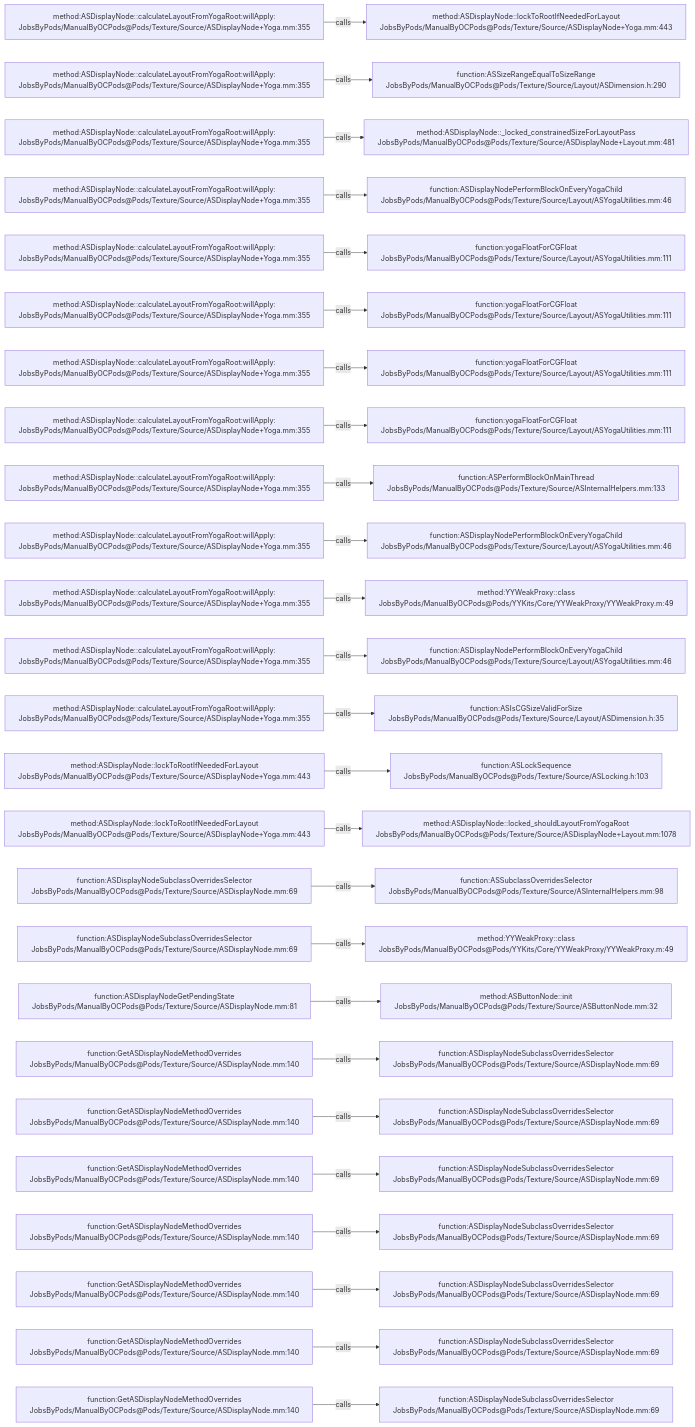
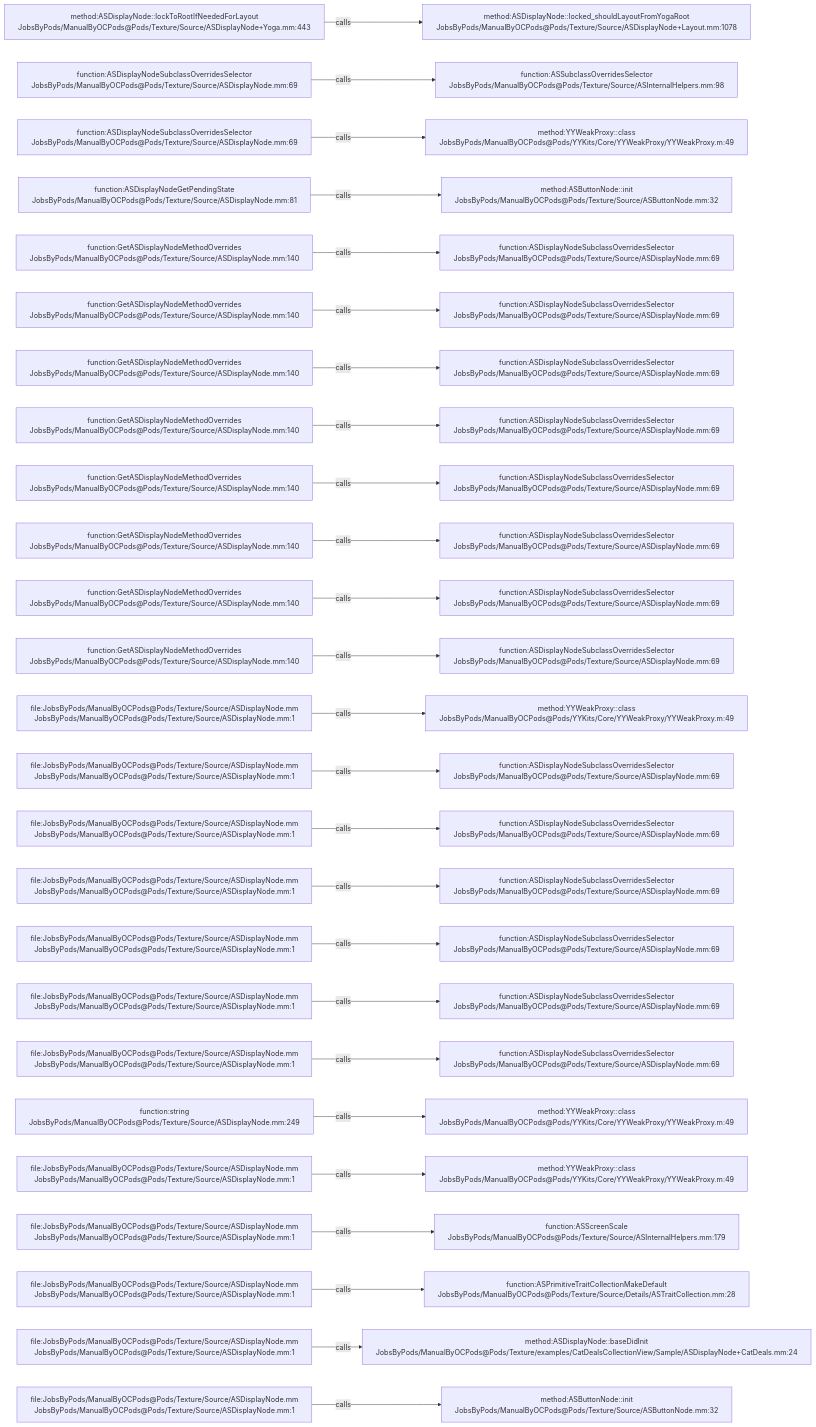
The diagram in .codegraph/codegraph.md/graphs/calls-097.md (JobsKits/JobsOCBaseConfigDemo), drawn with Mermaid before and after one commit. The commit also changed 296 other files, not shown here.

````diff
--- a/.codegraph/codegraph.md/graphs/calls-097.md
+++ b/.codegraph/codegraph.md/graphs/calls-097.md
@@ -13,78 +13,78 @@
 ```mermaid
 flowchart LR
-  S1["method:ASDisplayNode::calculateLayoutFromYogaRoot:willApply:<br/>JobsByPods/ManualByOCPods@Pods/Texture/Source/ASDisplayNode+Yoga.mm:355"]
-  T1["method:ASDisplayNode::lockToRootIfNeededForLayout<br/>JobsByPods/ManualByOCPods@Pods/Texture/Source/ASDisplayNode+Yoga.mm:443"]
+  S1["method:ASDisplayNode::lockToRootIfNeededForLayout<br/>JobsByPods/ManualByOCPods@Pods/Texture/Source/ASDisplayNode+Yoga.mm:443"]
+  T1["method:ASDisplayNode::locked_shouldLayoutFromYogaRoot<br/>JobsByPods/ManualByOCPods@Pods/Texture/Source/ASDisplayNode+Layout.mm:1078"]
   S1 -->|calls| T1
-  S2["method:ASDisplayNode::calculateLayoutFromYogaRoot:willApply:<br/>JobsByPods/ManualByOCPods@Pods/Texture/Source/ASDisplayNode+Yoga.mm:355"]
-  T2["function:ASSizeRangeEqualToSizeRange<br/>JobsByPods/ManualByOCPods@Pods/Texture/Source/Layout/ASDimension.h:290"]
+  S2["function:ASDisplayNodeSubclassOverridesSelector<br/>JobsByPods/ManualByOCPods@Pods/Texture/Source/ASDisplayNode.mm:69"]
+  T2["function:ASSubclassOverridesSelector<br/>JobsByPods/ManualByOCPods@Pods/Texture/Source/ASInternalHelpers.mm:98"]
   S2 -->|calls| T2
-  S3["method:ASDisplayNode::calculateLayoutFromYogaRoot:willApply:<br/>JobsByPods/ManualByOCPods@Pods/Texture/Source/ASDisplayNode+Yoga.mm:355"]
-  T3["method:ASDisplayNode::_locked_constrainedSizeForLayoutPass<br/>JobsByPods/ManualByOCPods@Pods/Texture/Source/ASDisplayNode+Layout.mm:481"]
+  S3["function:ASDisplayNodeSubclassOverridesSelector<br/>JobsByPods/ManualByOCPods@Pods/Texture/Source/ASDisplayNode.mm:69"]
+  T3["method:YYWeakProxy::class<br/>JobsByPods/ManualByOCPods@Pods/YYKits/Core/YYWeakProxy/YYWeakProxy.m:49"]
   S3 -->|calls| T3
-  S4["method:ASDisplayNode::calculateLayoutFromYogaRoot:willApply:<br/>JobsByPods/ManualByOCPods@Pods/Texture/Source/ASDisplayNode+Yoga.mm:355"]
-  T4["function:ASDisplayNodePerformBlockOnEveryYogaChild<br/>JobsByPods/ManualByOCPods@Pods/Texture/Source/Layout/ASYogaUtilities.mm:46"]
+  S4["function:ASDisplayNodeGetPendingState<br/>JobsByPods/ManualByOCPods@Pods/Texture/Source/ASDisplayNode.mm:81"]
+  T4["method:ASButtonNode::init<br/>JobsByPods/ManualByOCPods@Pods/Texture/Source/ASButtonNode.mm:32"]
   S4 -->|calls| T4
-  S5["method:ASDisplayNode::calculateLayoutFromYogaRoot:willApply:<br/>JobsByPods/ManualByOCPods@Pods/Texture/Source/ASDisplayNode+Yoga.mm:355"]
-  T5["function:yogaFloatForCGFloat<br/>JobsByPods/ManualByOCPods@Pods/Texture/Source/Layout/ASYogaUtilities.mm:111"]
+  S5["function:GetASDisplayNodeMethodOverrides<br/>JobsByPods/ManualByOCPods@Pods/Texture/Source/ASDisplayNode.mm:140"]
+  T5["function:ASDisplayNodeSubclassOverridesSelector<br/>JobsByPods/ManualByOCPods@Pods/Texture/Source/ASDisplayNode.mm:69"]
   S5 -->|calls| T5
-  S6["method:ASDisplayNode::calculateLayoutFromYogaRoot:willApply:<br/>JobsByPods/ManualByOCPods@Pods/Texture/Source/ASDisplayNode+Yoga.mm:355"]
-  T6["function:yogaFloatForCGFloat<br/>JobsByPods/ManualByOCPods@Pods/Texture/Source/Layout/ASYogaUtilities.mm:111"]
+  S6["function:GetASDisplayNodeMethodOverrides<br/>JobsByPods/ManualByOCPods@Pods/Texture/Source/ASDisplayNode.mm:140"]
+  T6["function:ASDisplayNodeSubclassOverridesSelector<br/>JobsByPods/ManualByOCPods@Pods/Texture/Source/ASDisplayNode.mm:69"]
   S6 -->|calls| T6
-  S7["method:ASDisplayNode::calculateLayoutFromYogaRoot:willApply:<br/>JobsByPods/ManualByOCPods@Pods/Texture/Source/ASDisplayNode+Yoga.mm:355"]
-  T7["function:yogaFloatForCGFloat<br/>JobsByPods/ManualByOCPods@Pods/Texture/Source/Layout/ASYogaUtilities.mm:111"]
+  S7["function:GetASDisplayNodeMethodOverrides<br/>JobsByPods/ManualByOCPods@Pods/Texture/Source/ASDisplayNode.mm:140"]
+  T7["function:ASDisplayNodeSubclassOverridesSelector<br/>JobsByPods/ManualByOCPods@Pods/Texture/Source/ASDisplayNode.mm:69"]
   S7 -->|calls| T7
-  S8["method:ASDisplayNode::calculateLayoutFromYogaRoot:willApply:<br/>JobsByPods/ManualByOCPods@Pods/Texture/Source/ASDisplayNode+Yoga.mm:355"]
-  T8["function:yogaFloatForCGFloat<br/>JobsByPods/ManualByOCPods@Pods/Texture/Source/Layout/ASYogaUtilities.mm:111"]
+  S8["function:GetASDisplayNodeMethodOverrides<br/>JobsByPods/ManualByOCPods@Pods/Texture/Source/ASDisplayNode.mm:140"]
+  T8["function:ASDisplayNodeSubclassOverridesSelector<br/>JobsByPods/ManualByOCPods@Pods/Texture/Source/ASDisplayNode.mm:69"]
   S8 -->|calls| T8
-  S9["method:ASDisplayNode::calculateLayoutFromYogaRoot:willApply:<br/>JobsByPods/ManualByOCPods@Pods/Texture/Source/ASDisplayNode+Yoga.mm:355"]
-  T9["function:ASPerformBlockOnMainThread<br/>JobsByPods/ManualByOCPods@Pods/Texture/Source/ASInternalHelpers.mm:133"]
+  S9["function:GetASDisplayNodeMethodOverrides<br/>JobsByPods/ManualByOCPods@Pods/Texture/Source/ASDisplayNode.mm:140"]
+  T9["function:ASDisplayNodeSubclassOverridesSelector<br/>JobsByPods/ManualByOCPods@Pods/Texture/Source/ASDisplayNode.mm:69"]
   S9 -->|calls| T9
-  S10["method:ASDisplayNode::calculateLayoutFromYogaRoot:willApply:<br/>JobsByPods/ManualByOCPods@Pods/Texture/Source/ASDisplayNode+Yoga.mm:355"]
-  T10["function:ASDisplayNodePerformBlockOnEveryYogaChild<br/>JobsByPods/ManualByOCPods@Pods/Texture/Source/Layout/ASYogaUtilities.mm:46"]
+  S10["function:GetASDisplayNodeMethodOverrides<br/>JobsByPods/ManualByOCPods@Pods/Texture/Source/ASDisplayNode.mm:140"]
+  T10["function:ASDisplayNodeSubclassOverridesSelector<br/>JobsByPods/ManualByOCPods@Pods/Texture/Source/ASDisplayNode.mm:69"]
   S10 -->|calls| T10
-  S11["method:ASDisplayNode::calculateLayoutFromYogaRoot:willApply:<br/>JobsByPods/ManualByOCPods@Pods/Texture/Source/ASDisplayNode+Yoga.mm:355"]
-  T11["method:YYWeakProxy::class<br/>JobsByPods/ManualByOCPods@Pods/YYKits/Core/YYWeakProxy/YYWeakProxy.m:49"]
+  S11["function:GetASDisplayNodeMethodOverrides<br/>JobsByPods/ManualByOCPods@Pods/Texture/Source/ASDisplayNode.mm:140"]
+  T11["function:ASDisplayNodeSubclassOverridesSelector<br/>JobsByPods/ManualByOCPods@Pods/Texture/Source/ASDisplayNode.mm:69"]
   S11 -->|calls| T11
-  S12["method:ASDisplayNode::calculateLayoutFromYogaRoot:willApply:<br/>JobsByPods/ManualByOCPods@Pods/Texture/Source/ASDisplayNode+Yoga.mm:355"]
-  T12["function:ASDisplayNodePerformBlockOnEveryYogaChild<br/>JobsByPods/ManualByOCPods@Pods/Texture/Source/Layout/ASYogaUtilities.mm:46"]
+  S12["function:GetASDisplayNodeMethodOverrides<br/>JobsByPods/ManualByOCPods@Pods/Texture/Source/ASDisplayNode.mm:140"]
+  T12["function:ASDisplayNodeSubclassOverridesSelector<br/>JobsByPods/ManualByOCPods@Pods/Texture/Source/ASDisplayNode.mm:69"]
   S12 -->|calls| T12
-  S13["method:ASDisplayNode::calculateLayoutFromYogaRoot:willApply:<br/>JobsByPods/ManualByOCPods@Pods/Texture/Source/ASDisplayNode+Yoga.mm:355"]
-  T13["function:ASIsCGSizeValidForSize<br/>JobsByPods/ManualByOCPods@Pods/Texture/Source/Layout/ASDimension.h:35"]
+  S13["file:JobsByPods/ManualByOCPods@Pods/Texture/Source/ASDisplayNode.mm<br/>JobsByPods/ManualByOCPods@Pods/Texture/Source/ASDisplayNode.mm:1"]
+  T13["method:YYWeakProxy::class<br/>JobsByPods/ManualByOCPods@Pods/YYKits/Core/YYWeakProxy/YYWeakProxy.m:49"]
   S13 -->|calls| T13
-  S14["method:ASDisplayNode::lockToRootIfNeededForLayout<br/>JobsByPods/ManualByOCPods@Pods/Texture/Source/ASDisplayNode+Yoga.mm:443"]
-  T14["function:ASLockSequence<br/>JobsByPods/ManualByOCPods@Pods/Texture/Source/ASLocking.h:103"]
+  S14["file:JobsByPods/ManualByOCPods@Pods/Texture/Source/ASDisplayNode.mm<br/>JobsByPods/ManualByOCPods@Pods/Texture/Source/ASDisplayNode.mm:1"]
+  T14["function:ASDisplayNodeSubclassOverridesSelector<br/>JobsByPods/ManualByOCPods@Pods/Texture/Source/ASDisplayNode.mm:69"]
   S14 -->|calls| T14
-  S15["method:ASDisplayNode::lockToRootIfNeededForLayout<br/>JobsByPods/ManualByOCPods@Pods/Texture/Source/ASDisplayNode+Yoga.mm:443"]
-  T15["method:ASDisplayNode::locked_shouldLayoutFromYogaRoot<br/>JobsByPods/ManualByOCPods@Pods/Texture/Source/ASDisplayNode+Layout.mm:1078"]
+  S15["file:JobsByPods/ManualByOCPods@Pods/Texture/Source/ASDisplayNode.mm<br/>JobsByPods/ManualByOCPods@Pods/Texture/Source/ASDisplayNode.mm:1"]
+  T15["function:ASDisplayNodeSubclassOverridesSelector<br/>JobsByPods/ManualByOCPods@Pods/Texture/Source/ASDisplayNode.mm:69"]
   S15 -->|calls| T15
-  S16["function:ASDisplayNodeSubclassOverridesSelector<br/>JobsByPods/ManualByOCPods@Pods/Texture/Source/ASDisplayNode.mm:69"]
-  T16["function:ASSubclassOverridesSelector<br/>JobsByPods/ManualByOCPods@Pods/Texture/Source/ASInternalHelpers.mm:98"]
+  S16["file:JobsByPods/ManualByOCPods@Pods/Texture/Source/ASDisplayNode.mm<br/>JobsByPods/ManualByOCPods@Pods/Texture/Source/ASDisplayNode.mm:1"]
+  T16["function:ASDisplayNodeSubclassOverridesSelector<br/>JobsByPods/ManualByOCPods@Pods/Texture/Source/ASDisplayNode.mm:69"]
   S16 -->|calls| T16
-  S17["function:ASDisplayNodeSubclassOverridesSelector<br/>JobsByPods/ManualByOCPods@Pods/Texture/Source/ASDisplayNode.mm:69"]
-  T17["method:YYWeakProxy::class<br/>JobsByPods/ManualByOCPods@Pods/YYKits/Core/YYWeakProxy/YYWeakProxy.m:49"]
+  S17["file:JobsByPods/ManualByOCPods@Pods/Texture/Source/ASDisplayNode.mm<br/>JobsByPods/ManualByOCPods@Pods/Texture/Source/ASDisplayNode.mm:1"]
+  T17["function:ASDisplayNodeSubclassOverridesSelector<br/>JobsByPods/ManualByOCPods@Pods/Texture/Source/ASDisplayNode.mm:69"]
   S17 -->|calls| T17
-  S18["function:ASDisplayNodeGetPendingState<br/>JobsByPods/ManualByOCPods@Pods/Texture/Source/ASDisplayNode.mm:81"]
-  T18["method:ASButtonNode::init<br/>JobsByPods/ManualByOCPods@Pods/Texture/Source/ASButtonNode.mm:32"]
+  S18["file:JobsByPods/ManualByOCPods@Pods/Texture/Source/ASDisplayNode.mm<br/>JobsByPods/ManualByOCPods@Pods/Texture/Source/ASDisplayNode.mm:1"]
+  T18["function:ASDisplayNodeSubclassOverridesSelector<br/>JobsByPods/ManualByOCPods@Pods/Texture/Source/ASDisplayNode.mm:69"]
   S18 -->|calls| T18
-  S19["function:GetASDisplayNodeMethodOverrides<br/>JobsByPods/ManualByOCPods@Pods/Texture/Source/ASDisplayNode.mm:140"]
+  S19["file:JobsByPods/ManualByOCPods@Pods/Texture/Source/ASDisplayNode.mm<br/>JobsByPods/ManualByOCPods@Pods/Texture/Source/ASDisplayNode.mm:1"]
   T19["function:ASDisplayNodeSubclassOverridesSelector<br/>JobsByPods/ManualByOCPods@Pods/Texture/Source/ASDisplayNode.mm:69"]
   S19 -->|calls| T19
-  S20["function:GetASDisplayNodeMethodOverrides<br/>JobsByPods/ManualByOCPods@Pods/Texture/Source/ASDisplayNode.mm:140"]
-  T20["function:ASDisplayNodeSubclassOverridesSelector<br/>JobsByPods/ManualByOCPods@Pods/Texture/Source/ASDisplayNode.mm:69"]
+  S20["function:string<br/>JobsByPods/ManualByOCPods@Pods/Texture/Source/ASDisplayNode.mm:249"]
+  T20["method:YYWeakProxy::class<br/>JobsByPods/ManualByOCPods@Pods/YYKits/Core/YYWeakProxy/YYWeakProxy.m:49"]
   S20 -->|calls| T20
-  S21["function:GetASDisplayNodeMethodOverrides<br/>JobsByPods/ManualByOCPods@Pods/Texture/Source/ASDisplayNode.mm:140"]
-  T21["function:ASDisplayNodeSubclassOverridesSelector<br/>JobsByPods/ManualByOCPods@Pods/Texture/Source/ASDisplayNode.mm:69"]
+  S21["file:JobsByPods/ManualByOCPods@Pods/Texture/Source/ASDisplayNode.mm<br/>JobsByPods/ManualByOCPods@Pods/Texture/Source/ASDisplayNode.mm:1"]
+  T21["method:YYWeakProxy::class<br/>JobsByPods/ManualByOCPods@Pods/YYKits/Core/YYWeakProxy/YYWeakProxy.m:49"]
   S21 -->|calls| T21
-  S22["function:GetASDisplayNodeMethodOverrides<br/>JobsByPods/ManualByOCPods@Pods/Texture/Source/ASDisplayNode.mm:140"]
-  T22["function:ASDisplayNodeSubclassOverridesSelector<br/>JobsByPods/ManualByOCPods@Pods/Texture/Source/ASDisplayNode.mm:69"]
+  S22["file:JobsByPods/ManualByOCPods@Pods/Texture/Source/ASDisplayNode.mm<br/>JobsByPods/ManualByOCPods@Pods/Texture/Source/ASDisplayNode.mm:1"]
+  T22["function:ASScreenScale<br/>JobsByPods/ManualByOCPods@Pods/Texture/Source/ASInternalHelpers.mm:179"]
   S22 -->|calls| T22
-  S23["function:GetASDisplayNodeMethodOverrides<br/>JobsByPods/ManualByOCPods@Pods/Texture/Source/ASDisplayNode.mm:140"]
-  T23["function:ASDisplayNodeSubclassOverridesSelector<br/>JobsByPods/ManualByOCPods@Pods/Texture/Source/ASDisplayNode.mm:69"]
+  S23["file:JobsByPods/ManualByOCPods@Pods/Texture/Source/ASDisplayNode.mm<br/>JobsByPods/ManualByOCPods@Pods/Texture/Source/ASDisplayNode.mm:1"]
+  T23["function:ASPrimitiveTraitCollectionMakeDefault<br/>JobsByPods/ManualByOCPods@Pods/Texture/Source/Details/ASTraitCollection.mm:28"]
   S23 -->|calls| T23
-  S24["function:GetASDisplayNodeMethodOverrides<br/>JobsByPods/ManualByOCPods@Pods/Texture/Source/ASDisplayNode.mm:140"]
-  T24["function:ASDisplayNodeSubclassOverridesSelector<br/>JobsByPods/ManualByOCPods@Pods/Texture/Source/ASDisplayNode.mm:69"]
+  S24["file:JobsByPods/ManualByOCPods@Pods/Texture/Source/ASDisplayNode.mm<br/>JobsByPods/ManualByOCPods@Pods/Texture/Source/ASDisplayNode.mm:1"]
+  T24["method:ASDisplayNode::baseDidInit<br/>JobsByPods/ManualByOCPods@Pods/Texture/examples/CatDealsCollectionView/Sample/ASDisplayNode+CatDeals.mm:24"]
   S24 -->|calls| T24
-  S25["function:GetASDisplayNodeMethodOverrides<br/>JobsByPods/ManualByOCPods@Pods/Texture/Source/ASDisplayNode.mm:140"]
-  T25["function:ASDisplayNodeSubclassOverridesSelector<br/>JobsByPods/ManualByOCPods@Pods/Texture/Source/ASDisplayNode.mm:69"]
+  S25["file:JobsByPods/ManualByOCPods@Pods/Texture/Source/ASDisplayNode.mm<br/>JobsByPods/ManualByOCPods@Pods/Texture/Source/ASDisplayNode.mm:1"]
+  T25["method:ASButtonNode::init<br/>JobsByPods/ManualByOCPods@Pods/Texture/Source/ASButtonNode.mm:32"]
   S25 -->|calls| T25
 ```
````
